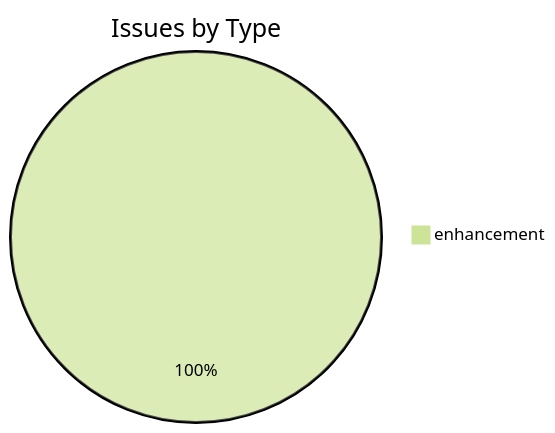
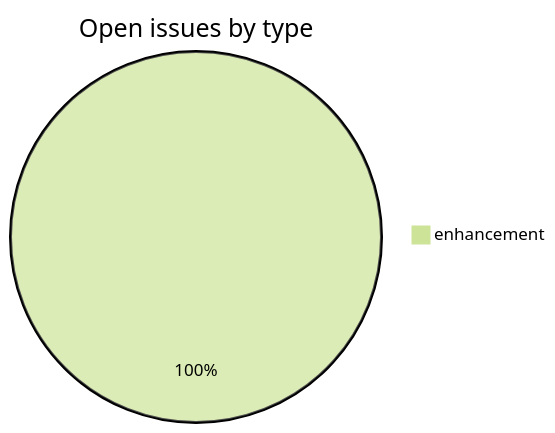
One commit to sanskrit-lexicon/csl-westergaard changed the first of 2 diagrams in README.md. Above: the diagram before and after it, drawn with Mermaid (forest theme). The commit also changed other lines of this file, not shown here.

````diff
--- a/README.md
+++ b/README.md
@@ -17,4 +28,4 @@
 ```mermaid
-pie title Issues by Type
+pie title Open issues by type
     "enhancement" : 1
 ```
````
